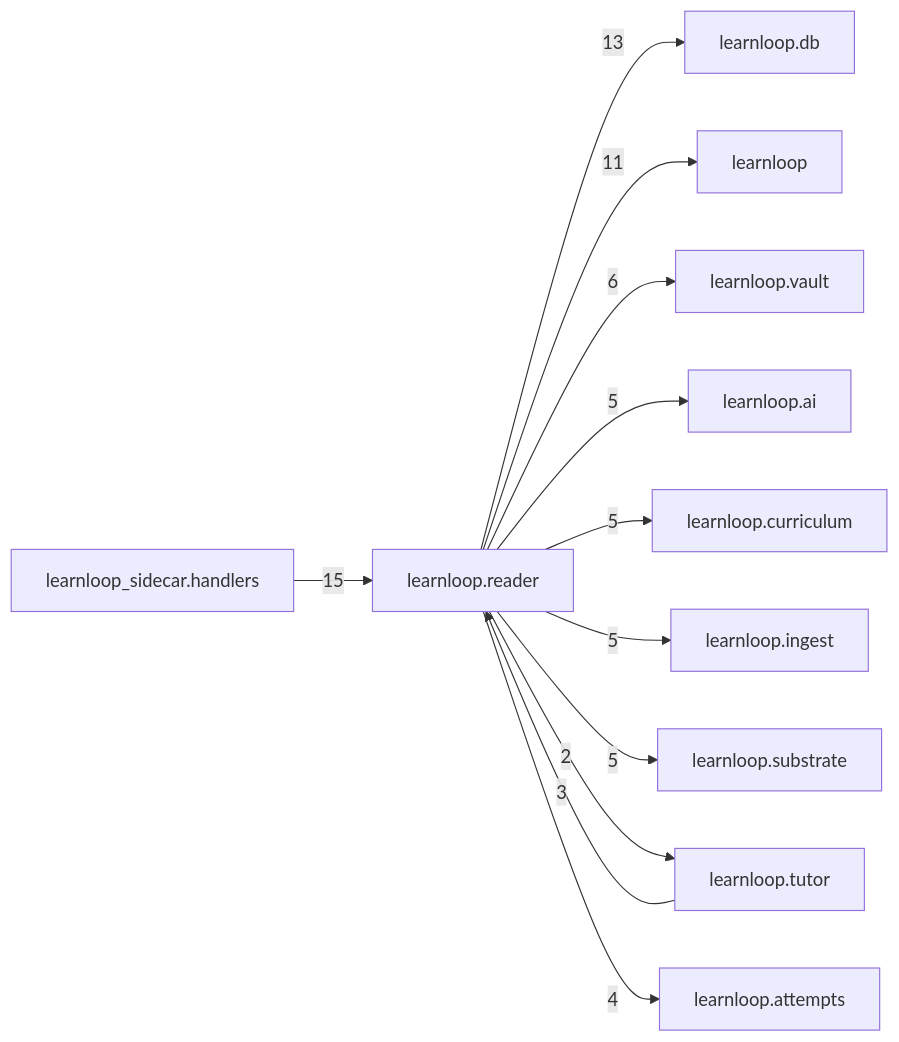
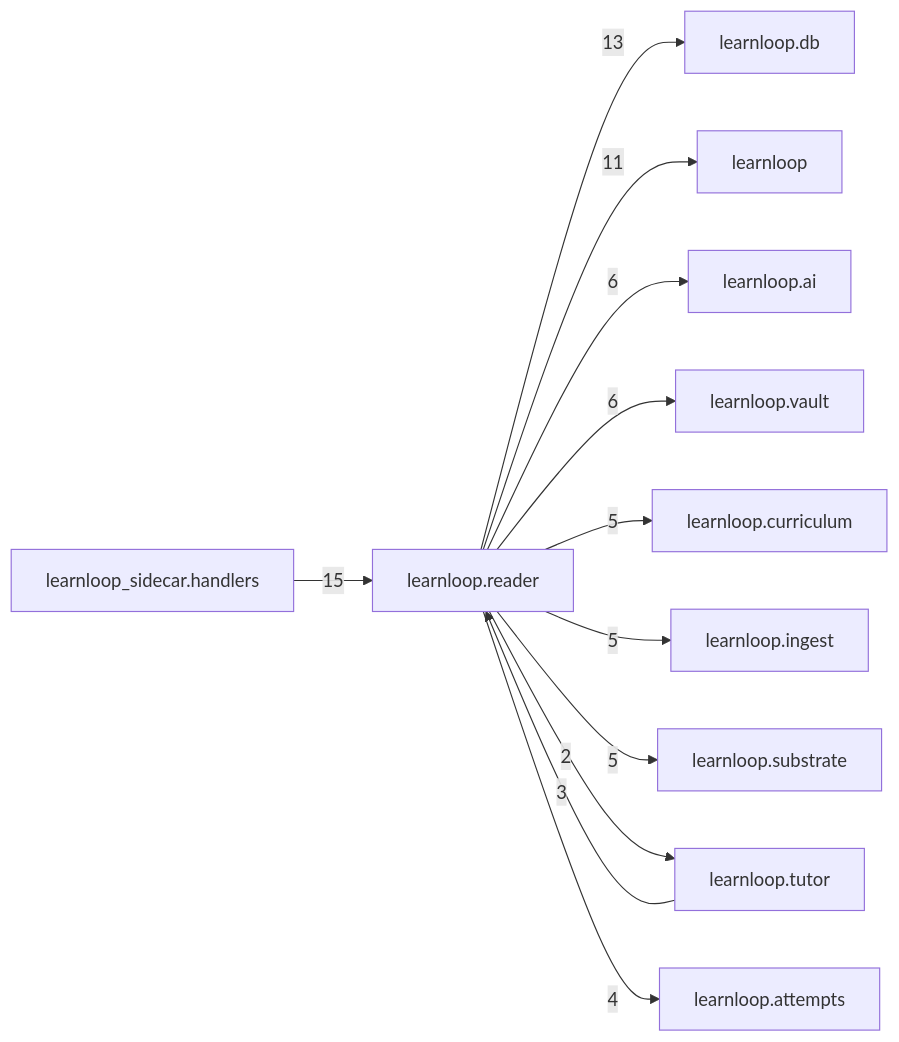
The diagram in docs/learnloop-architecture-vault/Reference/Modules/learnloop/reader/_package.md (6up-b/learnanything), drawn with Mermaid before and after one commit. The commit also changed other lines of this file and 24 other files, not shown here.

````diff
--- a/docs/learnloop-architecture-vault/Reference/Modules/learnloop/reader/_package.md
+++ b/docs/learnloop-architecture-vault/Reference/Modules/learnloop/reader/_package.md
@@ -109,25 +109,25 @@
 ```mermaid
 flowchart LR
     center["learnloop.reader"]
     n_learnloop_sidecar_handlers["learnloop_sidecar.handlers"]
     n_learnloop_db["learnloop.db"]
     n_learnloop["learnloop"]
+    n_learnloop_ai["learnloop.ai"]
     n_learnloop_vault["learnloop.vault"]
-    n_learnloop_ai["learnloop.ai"]
     n_learnloop_curriculum["learnloop.curriculum"]
     n_learnloop_ingest["learnloop.ingest"]
     n_learnloop_substrate["learnloop.substrate"]
     n_learnloop_tutor["learnloop.tutor"]
     n_learnloop_attempts["learnloop.attempts"]
     n_learnloop_sidecar_handlers -->|15| center
     center -->|13| n_learnloop_db
     center -->|11| n_learnloop
+    center -->|6| n_learnloop_ai
     center -->|6| n_learnloop_vault
-    center -->|5| n_learnloop_ai
     center -->|5| n_learnloop_curriculum
     center -->|5| n_learnloop_ingest
     center -->|5| n_learnloop_substrate
     n_learnloop_tutor -->|3| center
     center -->|2| n_learnloop_tutor
     center -->|4| n_learnloop_attempts
 ```
````
